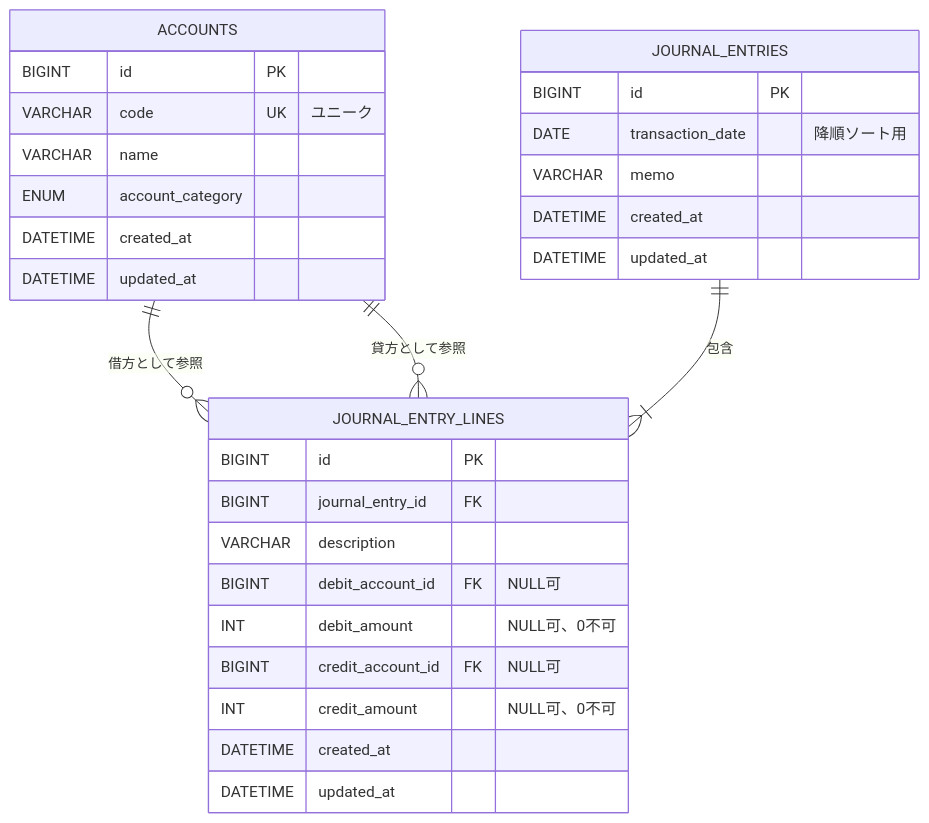
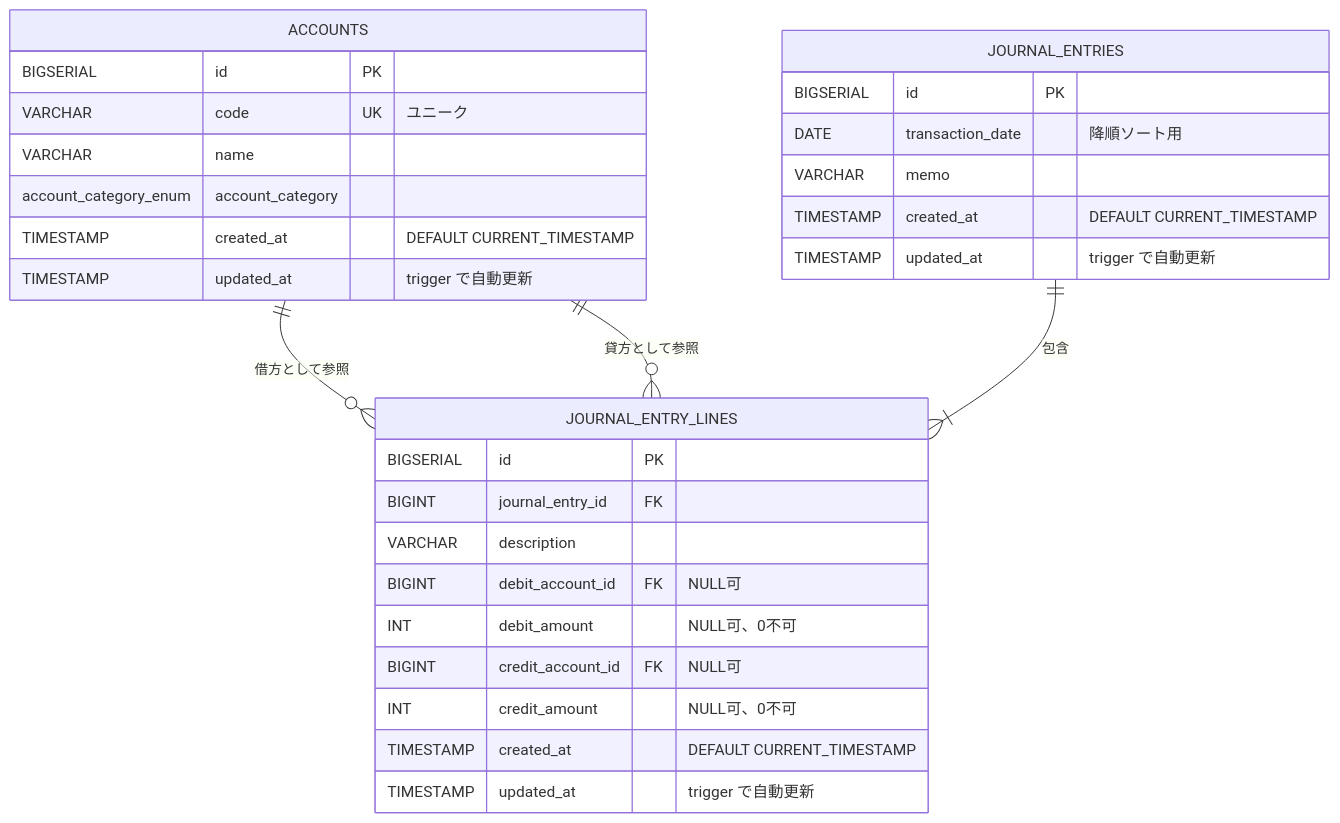
Before and after one commit to ayato-Ravenclaw/kansai_interns_onboarding_ayato_fujita: the diagram in docs/designDocs/01-datamodel.md, drawn with Mermaid. The commit also changed other lines of this file and 15 other files, not shown here.

````diff
--- a/docs/designDocs/01-datamodel.md
+++ b/docs/designDocs/01-datamodel.md
@@ -106,35 +112,35 @@
 ```mermaid
 erDiagram
   ACCOUNTS {
-    BIGINT id PK
+    BIGSERIAL id PK
     VARCHAR code UK "ユニーク"
     VARCHAR name
-    ENUM account_category
-    DATETIME created_at
-    DATETIME updated_at
+    account_category_enum account_category
+    TIMESTAMP created_at "DEFAULT CURRENT_TIMESTAMP"
+    TIMESTAMP updated_at "trigger で自動更新"
   }
   
   JOURNAL_ENTRIES {
-    BIGINT id PK
+    BIGSERIAL id PK
     DATE transaction_date "降順ソート用"
     VARCHAR memo
-    DATETIME created_at
-    DATETIME updated_at
+    TIMESTAMP created_at "DEFAULT CURRENT_TIMESTAMP"
+    TIMESTAMP updated_at "trigger で自動更新"
   }
   
   JOURNAL_ENTRY_LINES {
-    BIGINT id PK
+    BIGSERIAL id PK
     BIGINT journal_entry_id FK
     VARCHAR description
     BIGINT debit_account_id FK "NULL可"
     INT debit_amount "NULL可、0不可"
     BIGINT credit_account_id FK "NULL可"
     INT credit_amount "NULL可、0不可"
-    DATETIME created_at
-    DATETIME updated_at
+    TIMESTAMP created_at "DEFAULT CURRENT_TIMESTAMP"
+    TIMESTAMP updated_at "trigger で自動更新"
   }
   
   ACCOUNTS ||--o{ JOURNAL_ENTRY_LINES : "借方として参照"
   ACCOUNTS ||--o{ JOURNAL_ENTRY_LINES : "貸方として参照"
   JOURNAL_ENTRIES ||--|{ JOURNAL_ENTRY_LINES : "包含"
 ```
````
